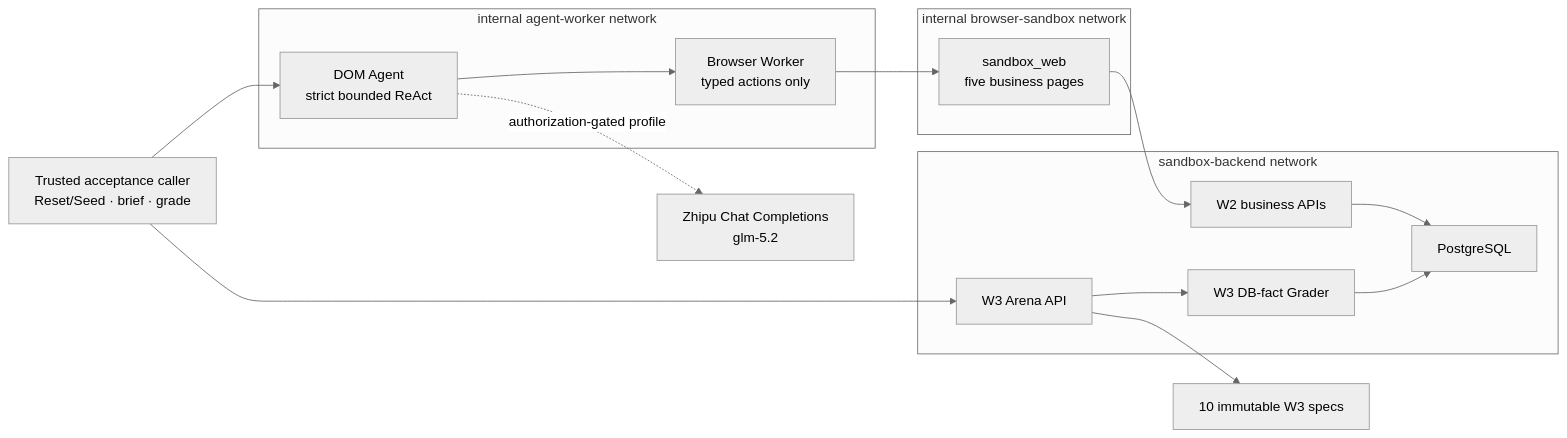
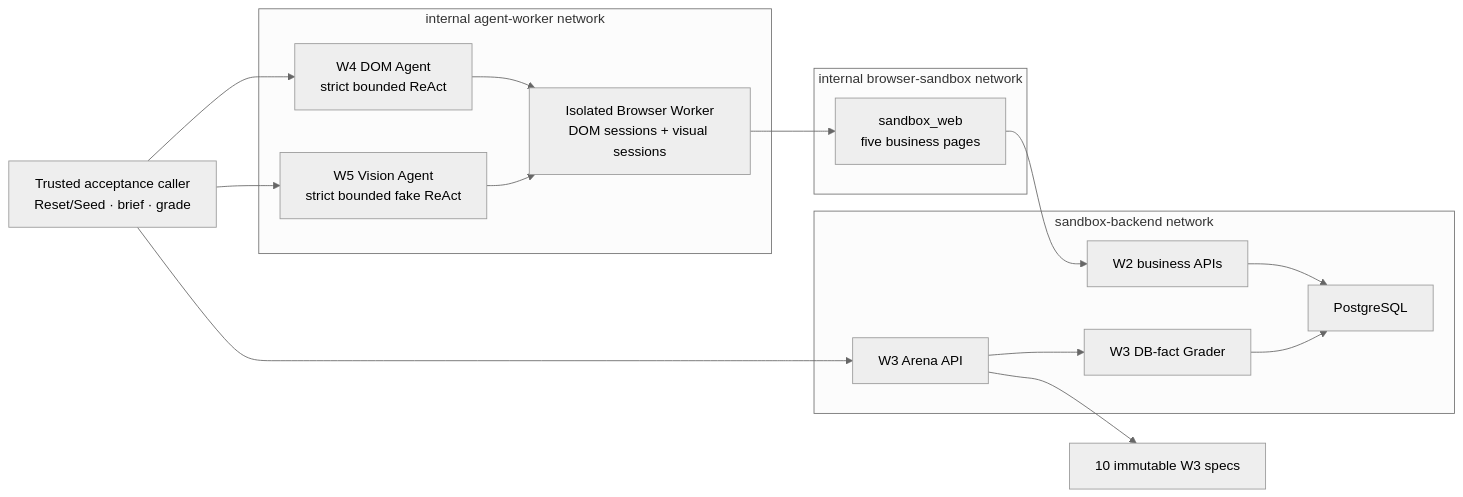
One commit to taka-wzx/flowpilot-arena changed the diagram in docs/architecture.md. Above: the diagram before and after it, drawn with Mermaid (neutral theme). The commit also changed other lines of this file and 37 other files, not shown here.

Commit message:
feat: add vision agent foundation

````diff
--- a/docs/architecture.md
+++ b/docs/architecture.md
@@ -10,29 +16,31 @@
-```mermaid
+~~~mermaid
 flowchart LR
-    Caller["Trusted acceptance caller\nReset/Seed · brief · grade"] --> Arena["W3 Arena API"]
-    Caller --> Agent["DOM Agent\nstrict bounded ReAct"]
-    Agent --> Worker["Browser Worker\ntyped actions only"]
-    Agent -. "authorization-gated profile" .-> Provider["Zhipu Chat Completions\nglm-5.2"]
-    Worker --> Web["sandbox_web\nfive business pages"]
+    Caller["Trusted acceptance caller<br/>Reset/Seed · brief · grade"] --> Arena["W3 Arena API"]
+    Caller --> DomAgent["W4 DOM Agent<br/>strict bounded ReAct"]
+    Caller --> VisionAgent["W5 Vision Agent<br/>strict bounded fake ReAct"]
+    DomAgent --> Worker["Isolated Browser Worker<br/>DOM sessions + visual sessions"]
+    VisionAgent --> Worker
+    Worker --> Web["sandbox_web<br/>five business pages"]
     Web --> Business["W2 business APIs"]
     Arena --> Specs["10 immutable W3 specs"]
     Arena --> Grader["W3 DB-fact Grader"]
     Business --> DB["PostgreSQL"]
     Grader --> DB
 
     subgraph AgentNetwork["internal agent-worker network"]
-        Agent
+        DomAgent
+        VisionAgent
         Worker
     end
     subgraph BrowserNetwork["internal browser-sandbox network"]
         Worker
         Web
     end
     subgraph SandboxNetwork["sandbox-backend network"]
         Web
         Business
         Arena
         Grader
         DB
     end
-```
+~~~
````
